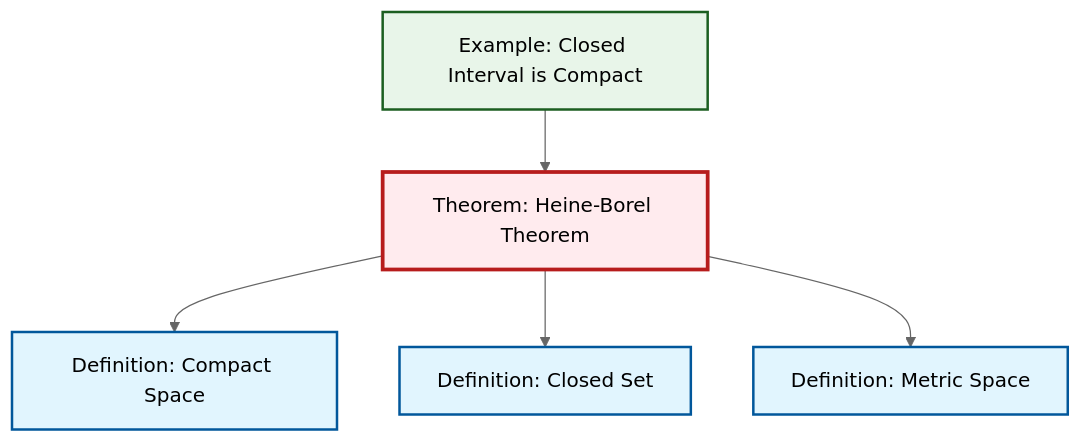
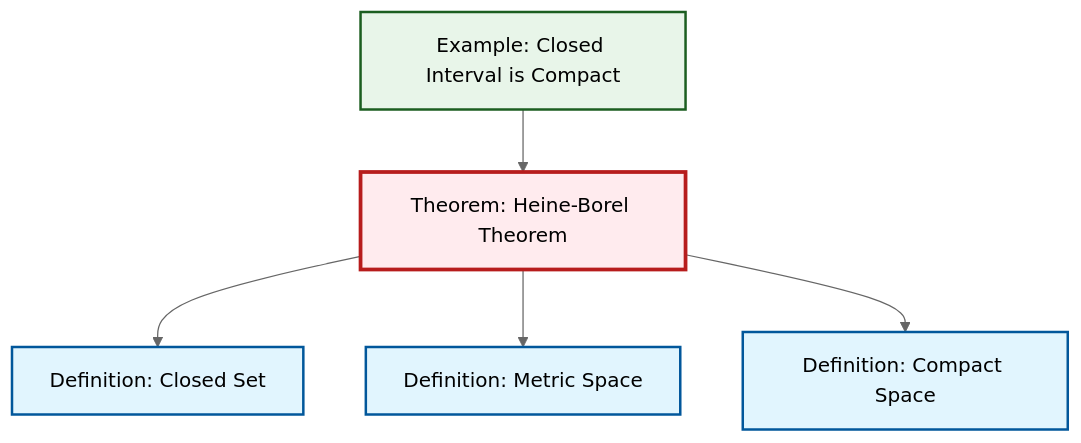
Before and after one commit to RK0429/ModernMath: the diagram in output/mermaid/en/thm-heine-borel.mermaid, drawn with Mermaid (neutral theme). The commit also changed 672 other files, not shown here.

```diff
--- a/output/mermaid/en/thm-heine-borel.mermaid
+++ b/output/mermaid/en/thm-heine-borel.mermaid
@@ -1,17 +1,16 @@
-%%| fig-cap: "Local dependency graph"
 graph TD
     classDef definition fill:#e1f5fe,stroke:#01579b,stroke-width:2px
     classDef theorem fill:#f3e5f5,stroke:#4a148c,stroke-width:2px
     classDef axiom fill:#fff3e0,stroke:#e65100,stroke-width:2px
     classDef example fill:#e8f5e9,stroke:#1b5e20,stroke-width:2px
     classDef current fill:#ffebee,stroke:#b71c1c,stroke-width:3px
+    def-compact["Definition: Compact Space"]:::definition
     def-metric-space["Definition: Metric Space"]:::definition
-    def-compact["Definition: Compact Space"]:::definition
     def-closed-set["Definition: Closed Set"]:::definition
+    ex-closed-interval-compact["Example: Closed Interval is Compact"]:::example
     thm-heine-borel["Theorem: Heine-Borel Theorem"]:::theorem
-    ex-closed-interval-compact["Example: Closed Interval is Compact"]:::example
+    thm-heine-borel --> def-closed-set
+    ex-closed-interval-compact --> thm-heine-borel
+    thm-heine-borel --> def-metric-space
     thm-heine-borel --> def-compact
-    thm-heine-borel --> def-closed-set
-    thm-heine-borel --> def-metric-space
-    ex-closed-interval-compact --> thm-heine-borel
     class thm-heine-borel current
```
